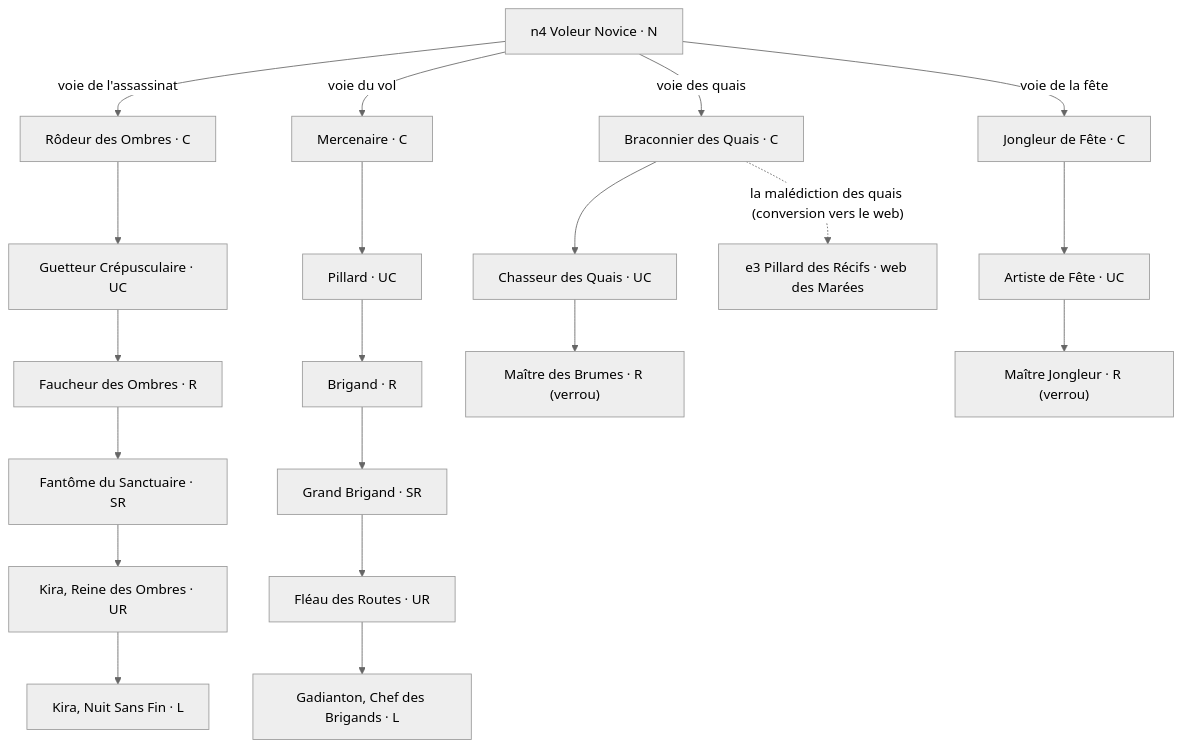
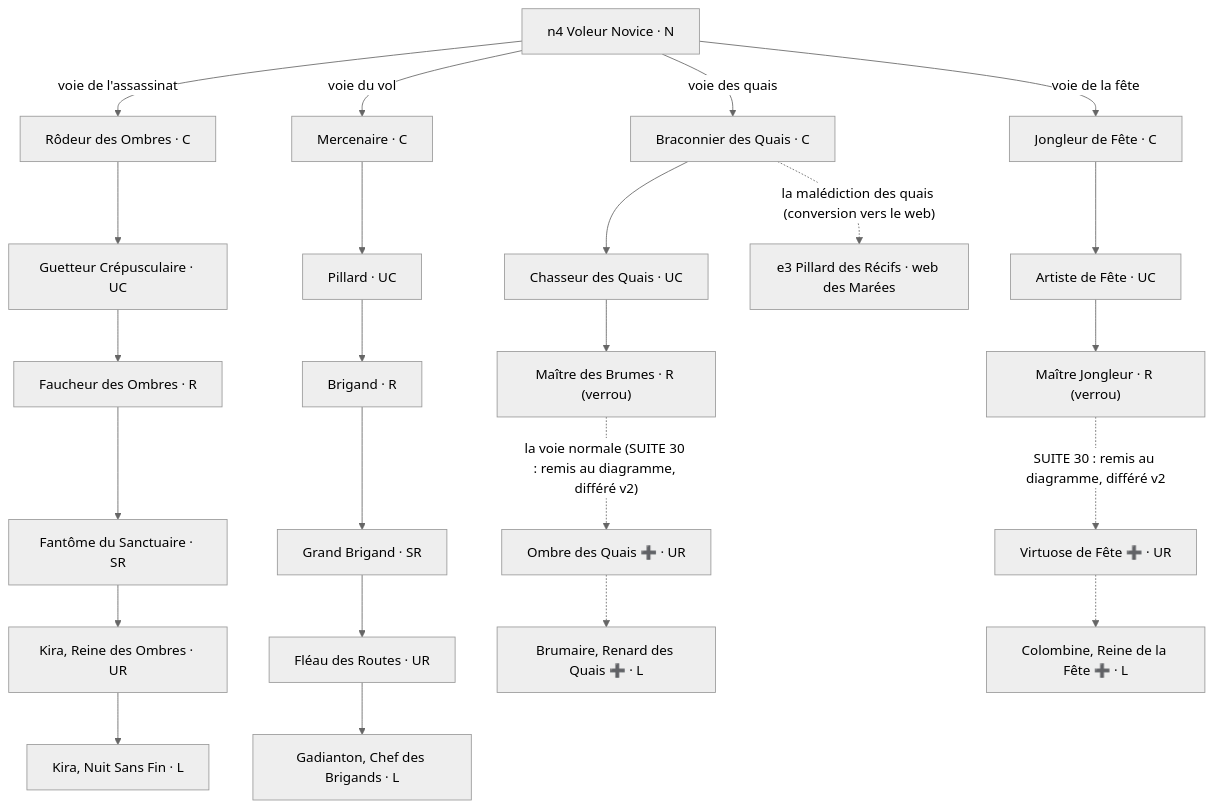
The fifth of 15 diagrams in docs/design/design-arbres-v18.md (mobize191/aicg-lignees), drawn with Mermaid (neutral theme) before and after one commit. The commit also changed other lines of this file and 5 other files, not shown here.

````diff
--- a/docs/design/design-arbres-v18.md
+++ b/docs/design/design-arbres-v18.md
@@ -372,22 +389,24 @@
 ```mermaid
 flowchart TD
   N4["n4 Voleur Novice · N"] -->|"voie de l'assassinat"| A2["Rôdeur des Ombres · C"]
   N4 -->|"voie du vol"| T1["Mercenaire · C"]
   N4 -->|"voie des quais"| A34["Braconnier des Quais · C"]
   N4 -->|"voie de la fête"| A37["Jongleur de Fête · C"]
   A2 --> A31["Guetteur Crépusculaire · UC"]
   A31 --> A7["Faucheur des Ombres · R"]
   A7 --> A12["Fantôme du Sanctuaire · SR"]
   A12 --> A16["Kira, Reine des Ombres · UR"]
   A16 --> A18["Kira, Nuit Sans Fin · L"]
   T1 --> T2["Pillard · UC"]
   T2 --> T3["Brigand · R"]
   T3 --> T4["Grand Brigand · SR"]
   T4 --> T5["Fléau des Routes · UR"]
   T5 --> T6["Gadianton, Chef des Brigands · L"]
   A34 --> A40["Chasseur des Quais · UC"]
   A40 --> A41["Maître des Brumes · R (verrou)"]
+  A41 -.->|"la voie normale (SUITE 30 : remis au diagramme, différé v2)"| OQ["Ombre des Quais ➕ · UR"] -.-> BRU["Brumaire, Renard des Quais ➕ · L"]
   A34 -.->|"la malédiction des quais (conversion vers le web)"| E3["e3 Pillard des Récifs · web des Marées"]
   A37 --> A45["Artiste de Fête · UC"]
   A45 --> A46["Maître Jongleur · R (verrou)"]
+  A46 -.->|"SUITE 30 : remis au diagramme, différé v2"| VF["Virtuose de Fête ➕ · UR"] -.-> COL["Colombine, Reine de la Fête ➕ · L"]
 ```
````
